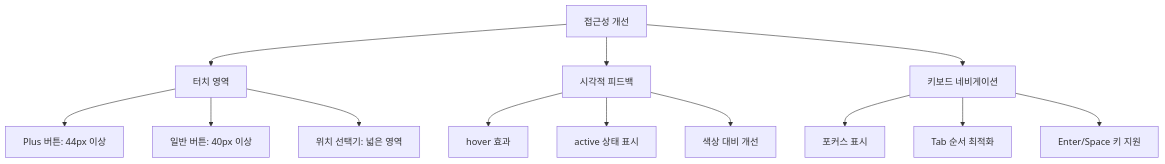
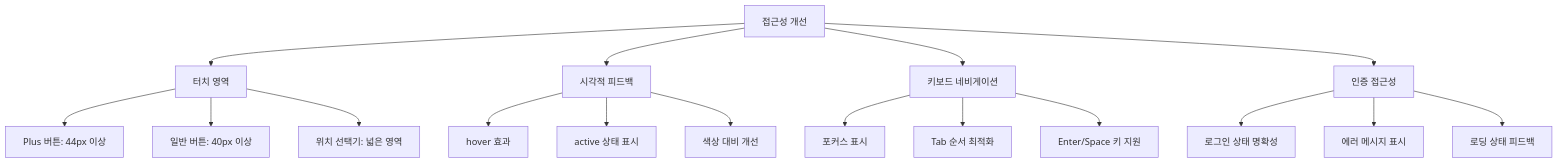
One commit to cheesepizza453/move_togaether changed the sixth of 6 diagrams in docs/worklog/20250902_UI_컴포넌트_개선_및_사용자_경험_향상.md. Above: the diagram before and after it, drawn with Mermaid. The commit also changed other lines of this file, not shown here.

Commit message:
로그인 시스템 및 마이페이지 구현: 로그인 페이지 디자인, 인증 시스템 구축, 마이페이지 사용자 정보 표시 및 메뉴 네비게이션 추가. 레이아웃 구조 최적화 및 서버/클라이언트 컴포넌트 분리로 코드 유지보수성 향상. 전체적인 사용자 경험 개선을 위한 조건부 렌더링 적용.

````diff
--- a/docs/worklog/20250902_UI_컴포넌트_개선_및_사용자_경험_향상.md
+++ b/docs/worklog/20250902_UI_컴포넌트_개선_및_사용자_경험_향상.md
@@ -192,18 +323,23 @@
 ```mermaid
 graph TD
     A[접근성 개선] --> B[터치 영역]
     A --> C[시각적 피드백]
     A --> D[키보드 네비게이션]
+    A --> E[인증 접근성]
 
     B --> B1[Plus 버튼: 44px 이상]
     B --> B2[일반 버튼: 40px 이상]
     B --> B3[위치 선택기: 넓은 영역]
 
     C --> C1[hover 효과]
     C --> C2[active 상태 표시]
     C --> C3[색상 대비 개선]
 
     D --> D1[포커스 표시]
     D --> D2[Tab 순서 최적화]
     D --> D3[Enter/Space 키 지원]
+
+    E --> E1[로그인 상태 명확성]
+    E --> E2[에러 메시지 표시]
+    E --> E3[로딩 상태 피드백]
 ```
````
